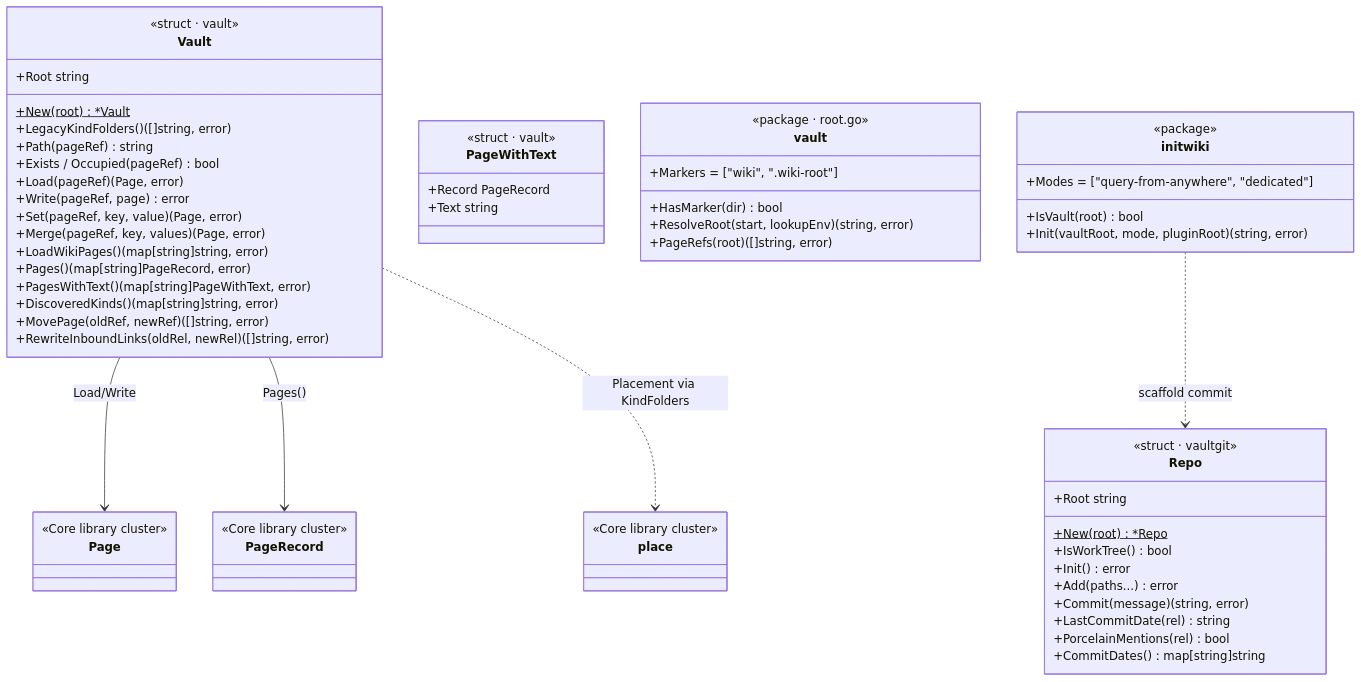
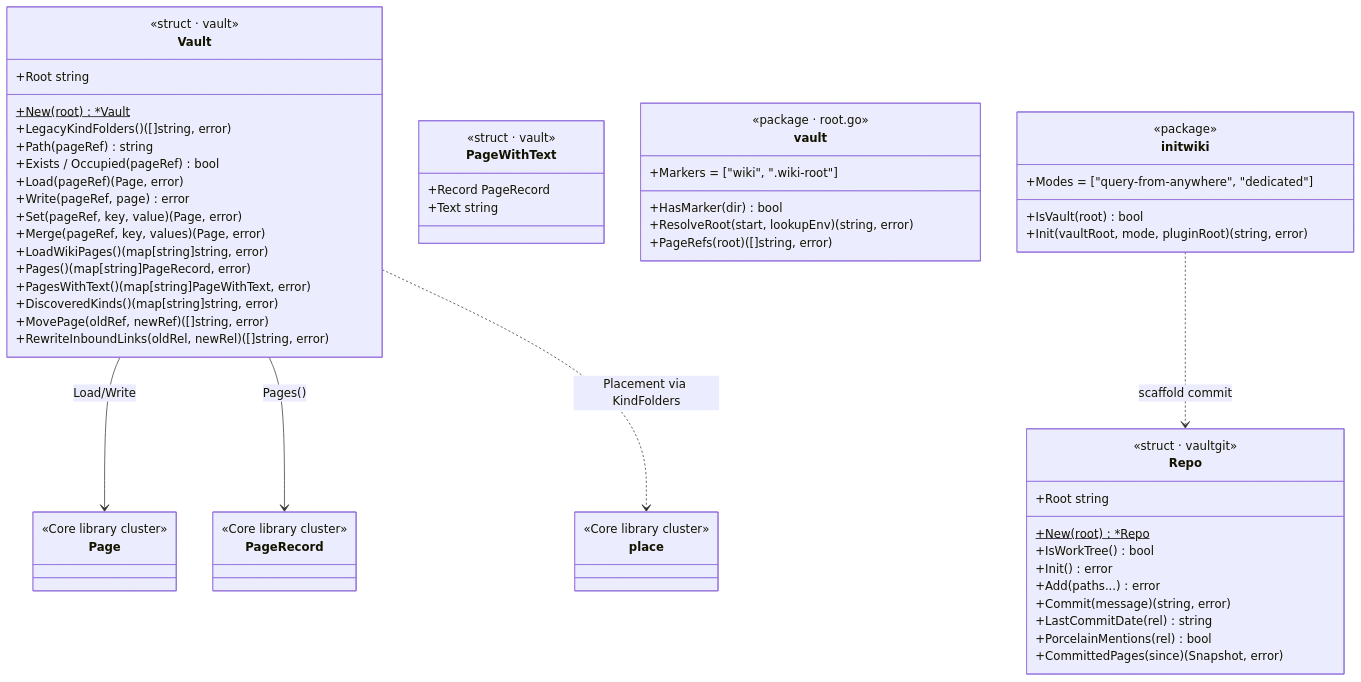
Before and after one commit to dhague/enchiridion: the fourth of 9 diagrams in docs/architecture.md, drawn with Mermaid. The commit also changed other lines of this file and 10 other files, not shown here.

````diff
--- a/docs/architecture.md
+++ b/docs/architecture.md
@@ -228,65 +228,65 @@
 ```mermaid
 classDiagram
     class Vault {
         <<struct · vault>>
         +Root string
         +New(root)$ *Vault
         +LegacyKindFolders() ([]string, error)
         +Path(pageRef) string
         +Exists / Occupied(pageRef) bool
         +Load(pageRef) (Page, error)
         +Write(pageRef, page) error
         +Set(pageRef, key, value) (Page, error)
         +Merge(pageRef, key, values) (Page, error)
         +LoadWikiPages() (map[string]string, error)
         +Pages() (map[string]PageRecord, error)
         +PagesWithText() (map[string]PageWithText, error)
         +DiscoveredKinds() (map[string]string, error)
         +MovePage(oldRef, newRef) ([]string, error)
         +RewriteInboundLinks(oldRel, newRel) ([]string, error)
     }
     class PageWithText {
         <<struct · vault>>
         +Record PageRecord
         +Text string
     }
     class vault {
         <<package · root.go>>
         +Markers = ["wiki", ".wiki-root"]
         +HasMarker(dir) bool
         +ResolveRoot(start, lookupEnv) (string, error)
         +PageRefs(root) ([]string, error)
     }
     class Repo {
         <<struct · vaultgit>>
         +Root string
         +New(root)$ *Repo
         +IsWorkTree() bool
         +Init() error
         +Add(paths...) error
         +Commit(message) (string, error)
         +LastCommitDate(rel) string
         +PorcelainMentions(rel) bool
-        +CommitDates() map[string]string
+        +CommittedPages(since) (Snapshot, error)
     }
     class initwiki {
         <<package>>
         +Modes = ["query-from-anywhere", "dedicated"]
         +IsVault(root) bool
         +Init(vaultRoot, mode, pluginRoot) (string, error)
     }
     class PageRecord {
         <<Core library cluster>>
     }
     class Page {
         <<Core library cluster>>
     }
     class place {
         <<Core library cluster>>
     }
 
     Vault --> Page : Load/Write
     Vault --> PageRecord : Pages()
     Vault ..> place : Placement via KindFolders
     initwiki ..> Repo : scaffold commit
 ```
````
